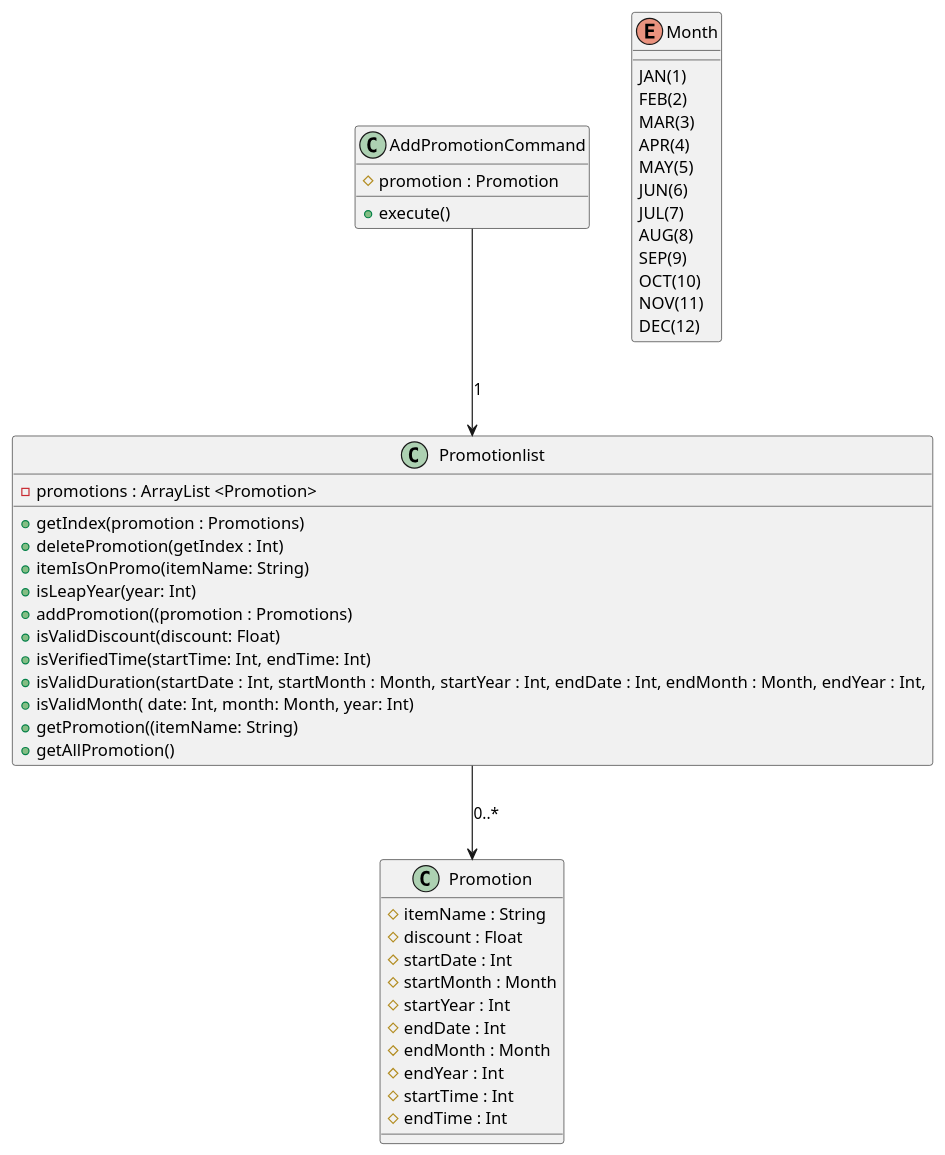
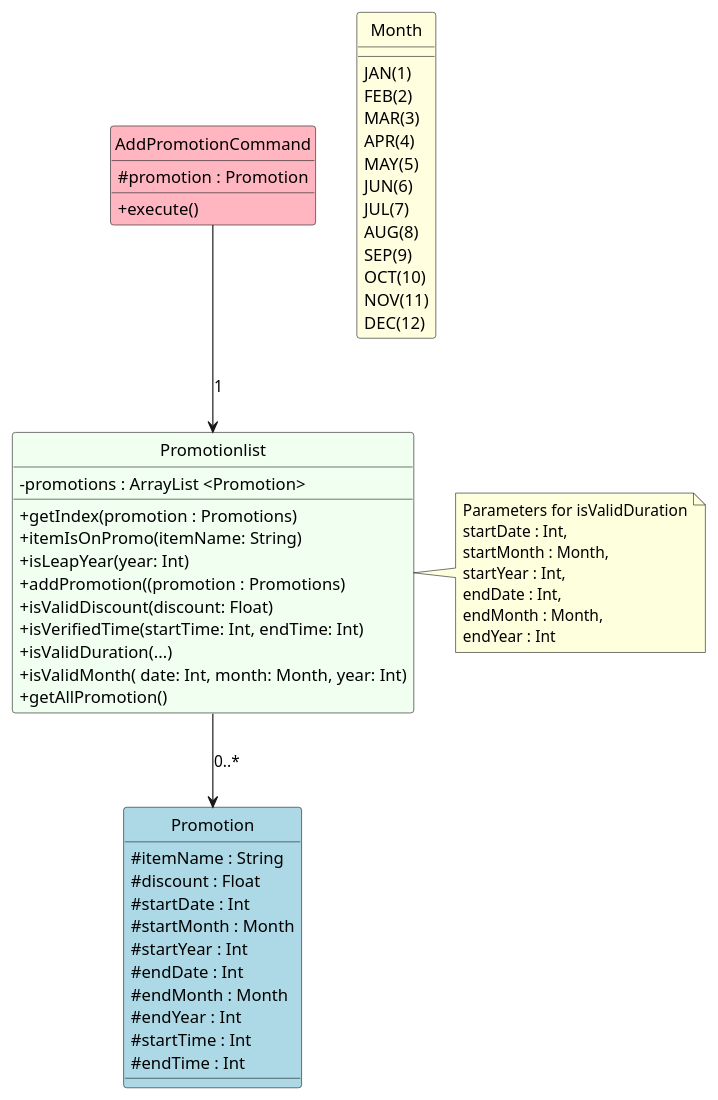
Before and after one commit to LowTL/tp: the diagram in docs/Diagrams/PUML files/AddPromotion_ClassDiagram.puml, drawn with PlantUML. The commit also changed 10 other files, not shown here.

```diff
--- a/docs/Diagrams/PUML files/AddPromotion_ClassDiagram.puml
+++ b/docs/Diagrams/PUML files/AddPromotion_ClassDiagram.puml
@@ -1,56 +1,69 @@
 @startuml
 'https://plantuml.com/sequence-diagram
 
+skinparam classFontColor automatic
 
-class AddPromotionCommand {
+class AddPromotionCommand #LightPink {
     # promotion : Promotion
     + execute()
 }
 
-class Promotionlist {
+class Promotionlist #Honeydew {
     - promotions : ArrayList <Promotion>
     + getIndex(promotion : Promotions)
-    + deletePromotion(getIndex : Int)
     + itemIsOnPromo(itemName: String)
     + isLeapYear(year: Int)
     + addPromotion((promotion : Promotions)
     + isValidDiscount(discount: Float)
     + isVerifiedTime(startTime: Int, endTime: Int)
-    + isValidDuration(startDate : Int, startMonth : Month, startYear : Int, endDate : Int, endMonth : Month, endYear : Int,
+    + isValidDuration(...)
     + isValidMonth( date: Int, month: Month, year: Int)
-    + getPromotion((itemName: String)
     + getAllPromotion()
 }
 
-class Promotion {
+note right
+    Parameters for isValidDuration
+    startDate : Int,
+    startMonth : Month,
+    startYear : Int,
+    endDate : Int,
+    endMonth : Month,
+    endYear : Int
+end note
+
+
+class Promotion #LightBlue {
     # itemName : String
     # discount : Float
     # startDate : Int
     # startMonth : Month
     # startYear : Int
     # endDate : Int
     # endMonth : Month
     # endYear : Int
     # startTime : Int
     # endTime : Int
 }
 
-enum Month {
+enum Month #LightYellow {
     JAN(1)
     FEB(2)
     MAR(3)
     APR(4)
     MAY(5)
     JUN(6)
     JUL(7)
     AUG(8)
     SEP(9)
     OCT(10)
     NOV(11)
     DEC(12)
 }
 
 AddPromotionCommand --> Promotionlist : 1
 Promotionlist --> Promotion : 0..*
 
+
+hide circle
+skinparam classAttributeIconSize 0
 @enduml
```
